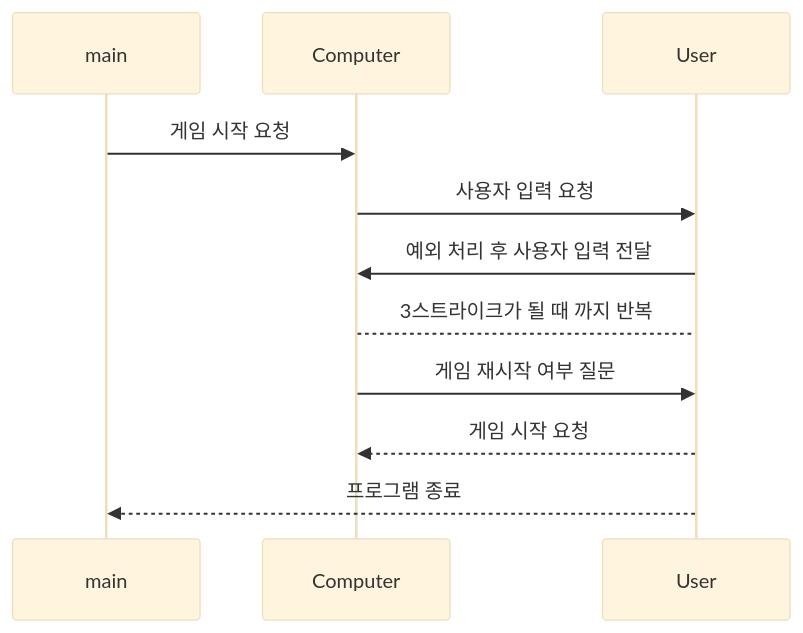
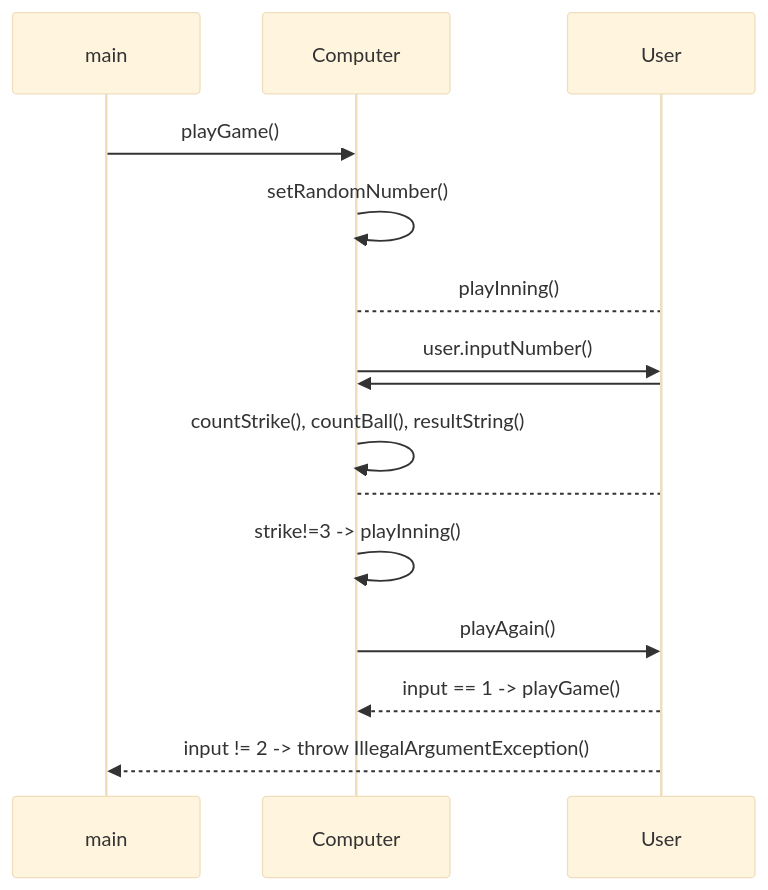
The diagram in docs/Readme.md (woowacourse-precourse/kotlin-baseball-6), drawn with Mermaid (base theme) before and after one commit. The commit also changed other lines of this file, not shown here.

````diff
--- a/docs/Readme.md
+++ b/docs/Readme.md
@@ -34,10 +36,14 @@
 ```mermaid
 sequenceDiagram
-main ->> Computer: 게임 시작 요청
-Computer->>User: 사용자 입력 요청
-User->> Computer: 예외 처리 후 사용자 입력 전달
-Computer-->User: 3스트라이크가 될 때 까지 반복
-Computer->> User: 게임 재시작 여부 질문
-User-->> Computer: 게임 시작 요청
-User-->> main: 프로그램 종료
+main ->> Computer: playGame()
+Computer->> Computer: setRandomNumber()
+Computer-->User: playInning()
+Computer->>User: user.inputNumber()
+User->>Computer: 
+Computer->> Computer: countStrike(), countBall(), resultString()
+Computer-->User: 
+Computer->>Computer: strike!=3 -> playInning()
+Computer->> User: playAgain()
+User-->> Computer: input == 1 -> playGame()
+User-->> main: input != 2 -> throw IllegalArgumentException()
 ```
````
